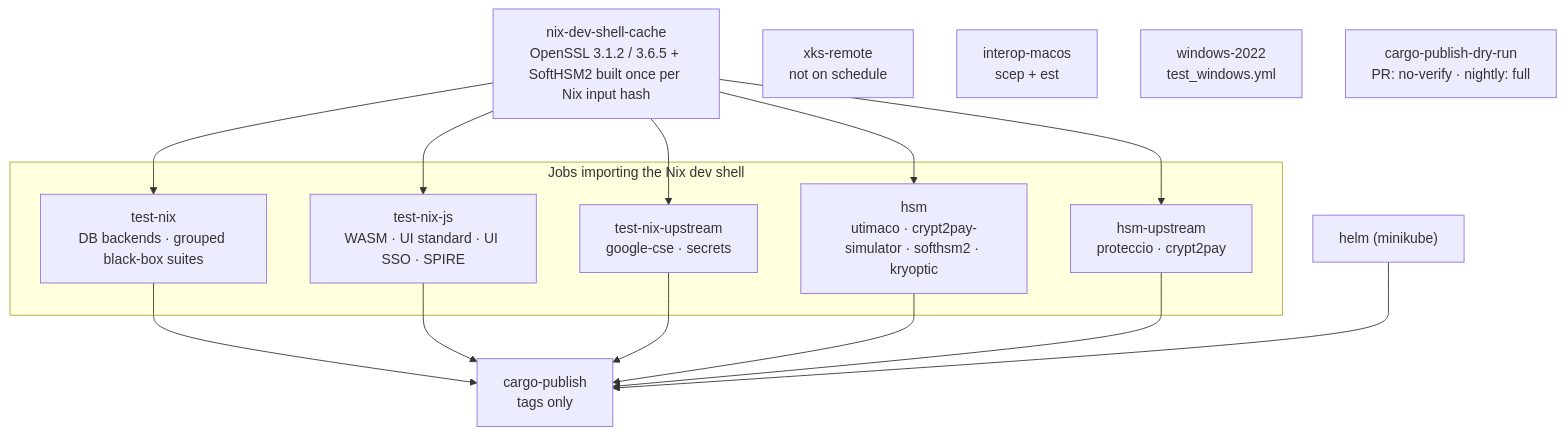
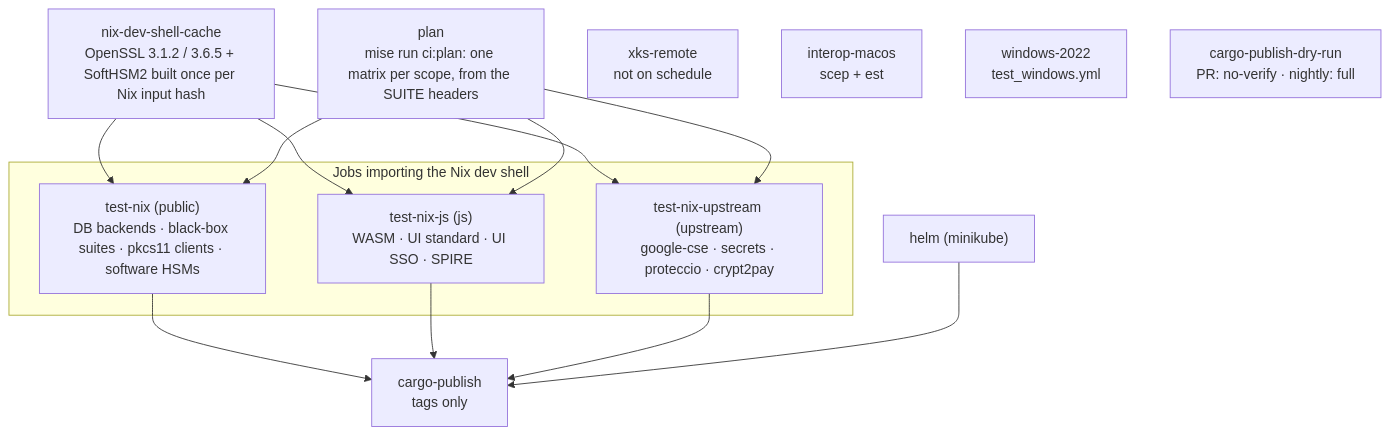
One commit to Cosmian/kms changed the third of 3 diagrams in .github/workflows/README_main.md. Above: the diagram before and after it, drawn with Mermaid. The commit also changed other lines of this file and 9 other files, not shown here.

First line of the commit message:
ci: build the test_all.yml matrices from the #SUITE headers

````diff
--- a/.github/workflows/README_main.md
+++ b/.github/workflows/README_main.md
@@ -59,19 +59,18 @@
 ```mermaid
 flowchart TB
     Cache["nix-dev-shell-cache<br/>OpenSSL 3.1.2 / 3.6.5 + SoftHSM2 built once per Nix input hash"]
+    Plan["plan<br/>mise run ci:plan: one matrix per scope, from the SUITE headers"]
     subgraph NixJobs["Jobs importing the Nix dev shell"]
-        TestNix["test-nix<br/>DB backends · grouped black-box suites"]
-        TestJs["test-nix-js<br/>WASM · UI standard · UI SSO · SPIRE"]
-        Upstream["test-nix-upstream<br/>google-cse · secrets"]
-        Hsm["hsm<br/>utimaco · crypt2pay-simulator · softhsm2 · kryoptic"]
-        HsmUp["hsm-upstream<br/>proteccio · crypt2pay"]
+        TestNix["test-nix (public)<br/>DB backends · black-box suites · pkcs11 clients · software HSMs"]
+        TestJs["test-nix-js (js)<br/>WASM · UI standard · UI SSO · SPIRE"]
+        Upstream["test-nix-upstream (upstream)<br/>google-cse · secrets · proteccio · crypt2pay"]
     end
-    Cache --> TestNix & TestJs & Upstream & Hsm & HsmUp
+    Cache & Plan --> TestNix & TestJs & Upstream
     Helm["helm (minikube)"]
     Xks["xks-remote<br/>not on schedule"]
     Mac["interop-macos<br/>scep + est"]
     Win["windows-2022<br/>test_windows.yml"]
     DryRun["cargo-publish-dry-run<br/>PR: no-verify · nightly: full"]
     Publish["cargo-publish<br/>tags only"]
-    TestNix & TestJs & Upstream & Hsm & HsmUp & Helm --> Publish
+    TestNix & TestJs & Upstream & Helm --> Publish
 ```
````
